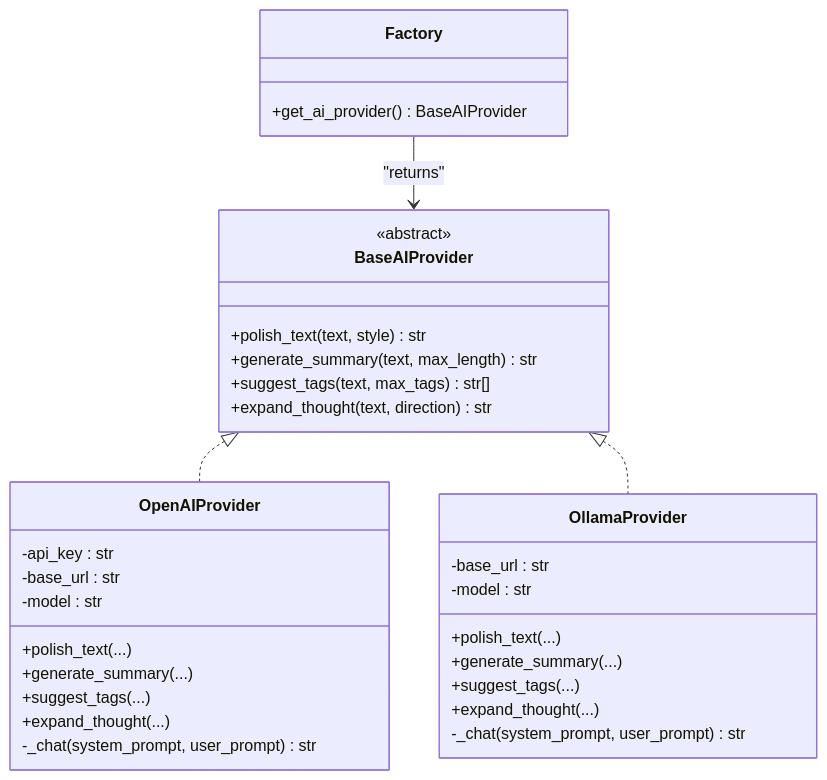
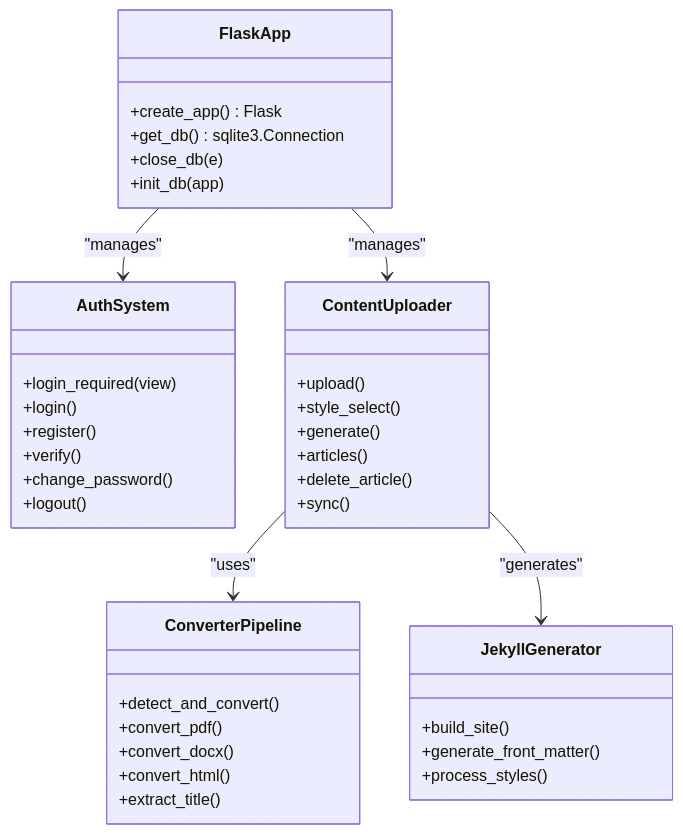
The second of 3 diagrams in .qoder/repowiki/en/content/Backend Application/AI Integration.md (PolarisW007/PolaZhenJing), drawn with Mermaid before and after one commit. The commit also changed other lines of this file and 153 other files, not shown here.

````diff
--- a/.qoder/repowiki/en/content/Backend Application/AI Integration.md
+++ b/.qoder/repowiki/en/content/Backend Application/AI Integration.md
@@ -102,35 +119,41 @@
 ```mermaid
 classDiagram
-class BaseAIProvider {
-<<abstract>>
-+polish_text(text, style) str
-+generate_summary(text, max_length) str
-+suggest_tags(text, max_tags) str[]
-+expand_thought(text, direction) str
+class FlaskApp {
++create_app() Flask
++get_db() sqlite3.Connection
++close_db(e)
++init_db(app)
 }
-class OpenAIProvider {
--api_key : str
--base_url : str
--model : str
-+polish_text(...)
-+generate_summary(...)
-+suggest_tags(...)
-+expand_thought(...)
--_chat(system_prompt, user_prompt) str
+class AuthSystem {
++login_required(view)
++login()
++register()
++verify()
++change_password()
++logout()
 }
-class OllamaProvider {
--base_url : str
--model : str
-+polish_text(...)
-+generate_summary(...)
-+suggest_tags(...)
-+expand_thought(...)
--_chat(system_prompt, user_prompt) str
+class ContentUploader {
++upload()
++style_select()
++generate()
++articles()
++delete_article()
++sync()
 }
-class Factory {
-+get_ai_provider() BaseAIProvider
+class ConverterPipeline {
++detect_and_convert()
++convert_pdf()
++convert_docx()
++convert_html()
++extract_title()
 }
-BaseAIProvider <|.. OpenAIProvider
-BaseAIProvider <|.. OllamaProvider
-Factory --> BaseAIProvider : "returns"
+class JekyllGenerator {
++build_site()
++generate_front_matter()
++process_styles()
+}
+FlaskApp --> AuthSystem : "manages"
+FlaskApp --> ContentUploader : "manages"
+ContentUploader --> ConverterPipeline : "uses"
+ContentUploader --> JekyllGenerator : "generates"
 ```
````
